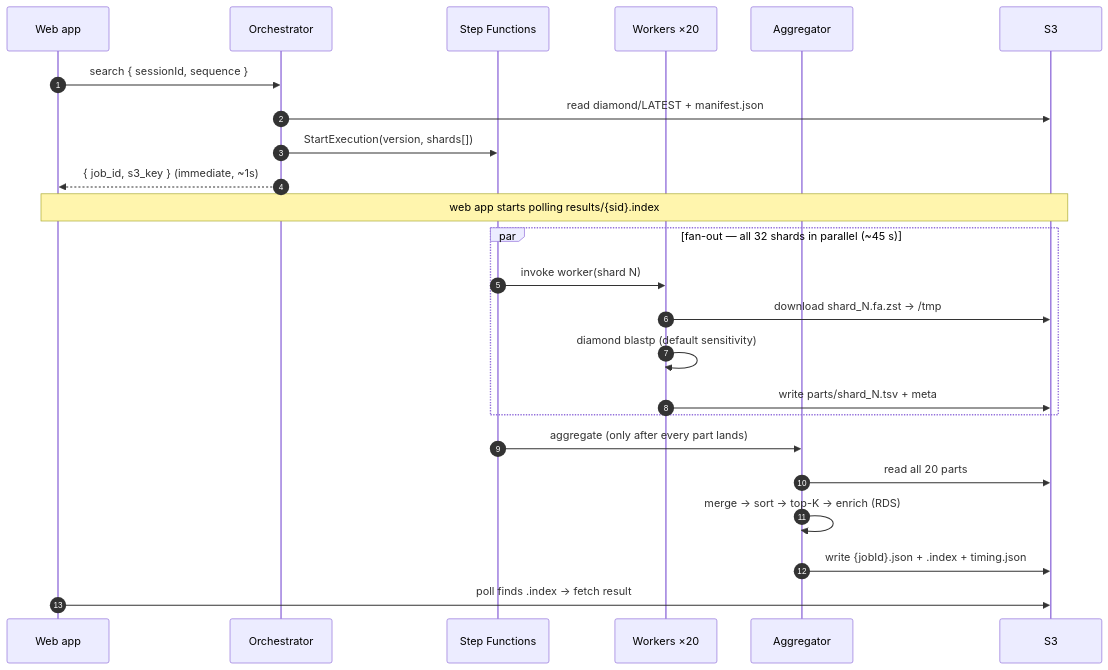
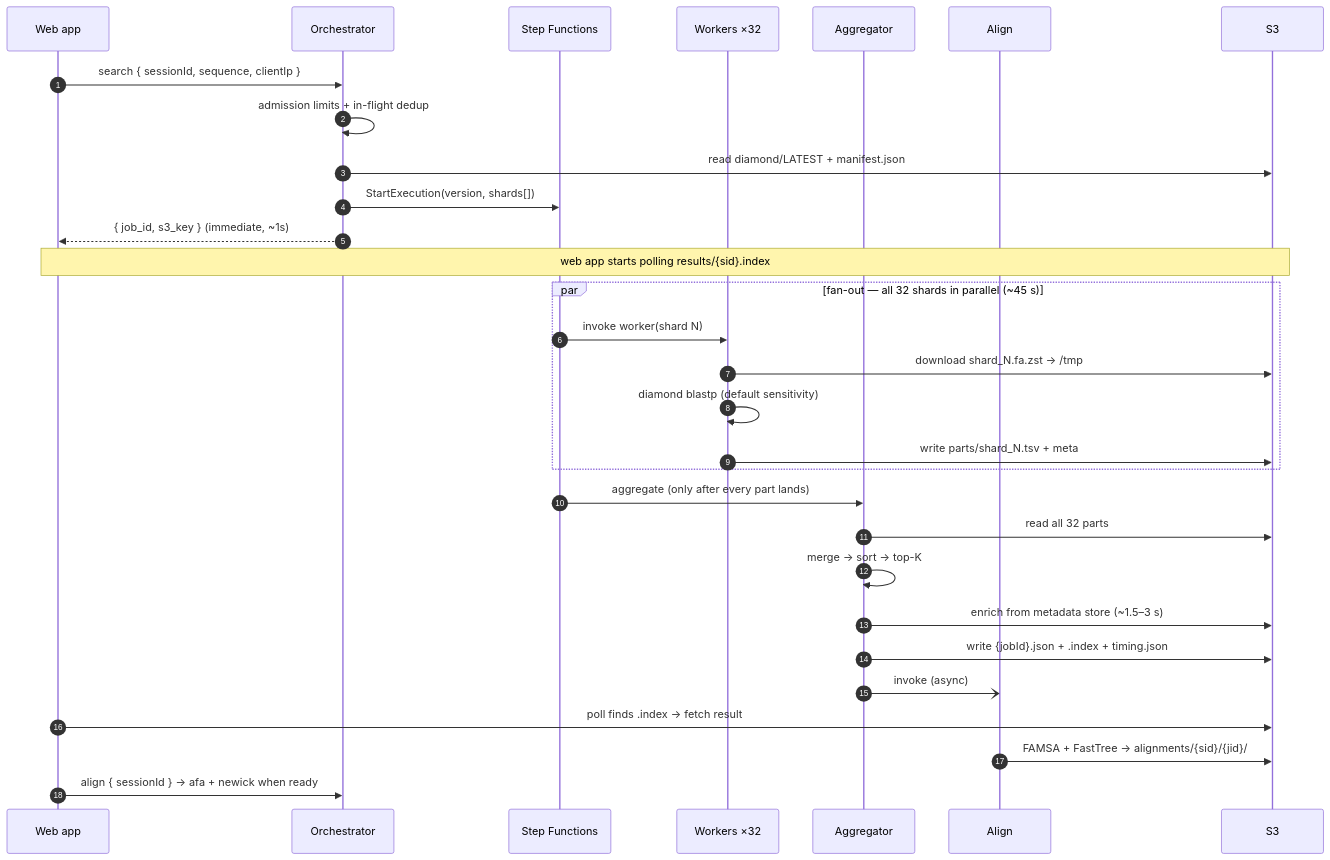
The diagram in README.md (petadex/petadex-sequence-search), drawn with Mermaid before and after one commit. The commit also changed other lines of this file and 2 other files, not shown here.

First line of the commit message:
docs: README and diagrams for v260701, metadata enrichment, samples, align, admission [skip ci]

````diff
--- a/README.md
+++ b/README.md
@@ -57,29 +58,35 @@
 ```mermaid
 sequenceDiagram
     autonumber
     participant WA as Web app
     participant O as Orchestrator
     participant SF as Step Functions
-    participant W as Workers ×20
+    participant W as Workers ×32
     participant AG as Aggregator
+    participant AL as Align
     participant S3 as S3
 
-    WA->>O: search { sessionId, sequence }
+    WA->>O: search { sessionId, sequence, clientIp }
+    O->>O: admission limits + in-flight dedup
     O->>S3: read diamond/LATEST + manifest.json
     O->>SF: StartExecution(version, shards[])
     O-->>WA: { job_id, s3_key }  (immediate, ~1s)
     Note over WA,S3: web app starts polling results/{sid}.index
 
     par fan-out — all 32 shards in parallel (~45 s)
         SF->>W: invoke worker(shard N)
         W->>S3: download shard_N.fa.zst → /tmp
         W->>W: diamond blastp (default sensitivity)
         W->>S3: write parts/shard_N.tsv + meta
     end
 
     SF->>AG: aggregate (only after every part lands)
-    AG->>S3: read all 20 parts
-    AG->>AG: merge → sort → top-K → enrich (RDS)
+    AG->>S3: read all 32 parts
+    AG->>AG: merge → sort → top-K
+    AG->>S3: enrich from metadata store (~1.5–3 s)
     AG->>S3: write {jobId}.json + .index + timing.json
+    AG-)AL: invoke (async)
     WA->>S3: poll finds .index → fetch result
+    AL->>S3: FAMSA + FastTree → alignments/{sid}/{jid}/
+    WA->>O: align { sessionId } → afa + newick when ready
 ```
````
